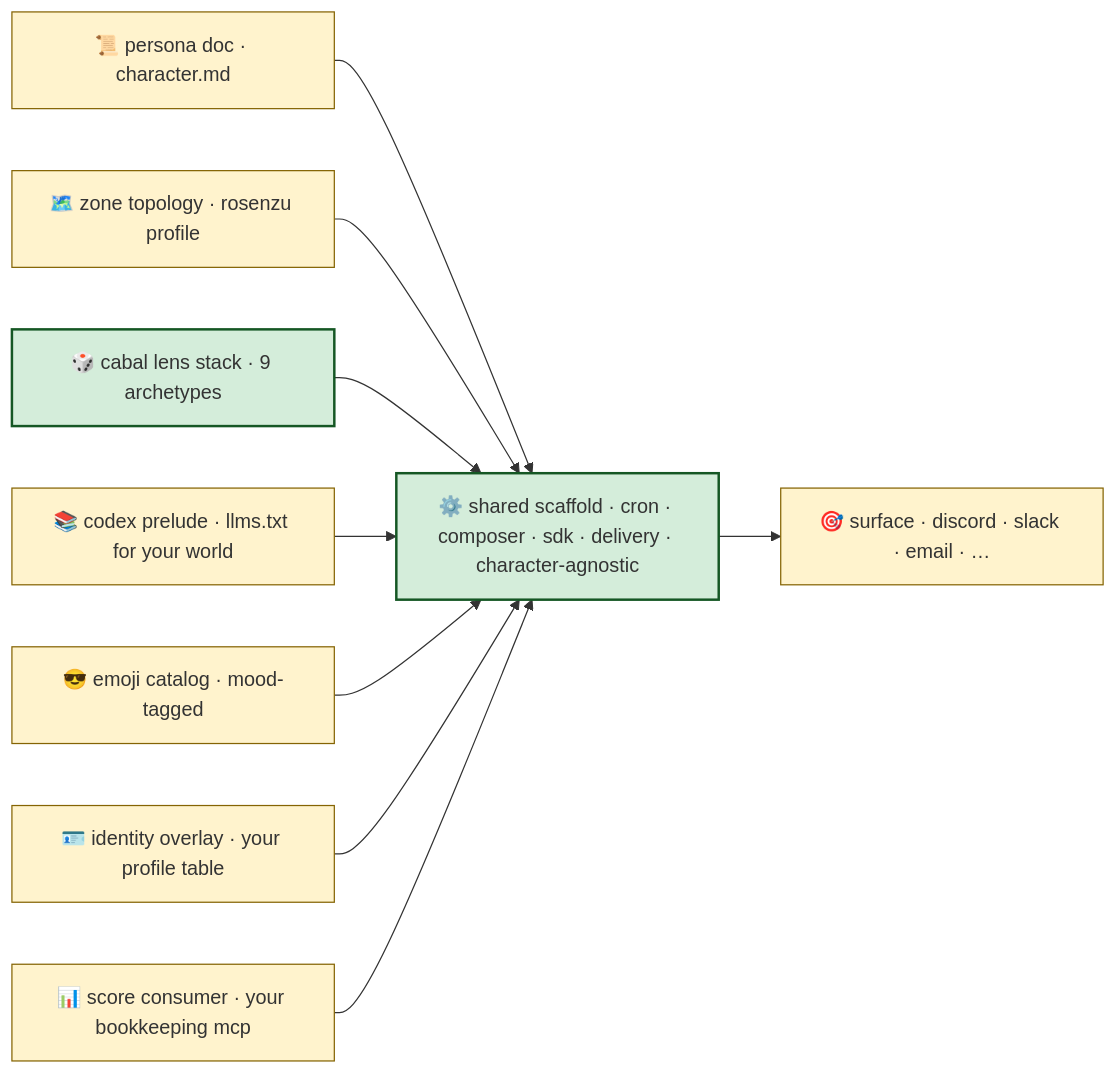
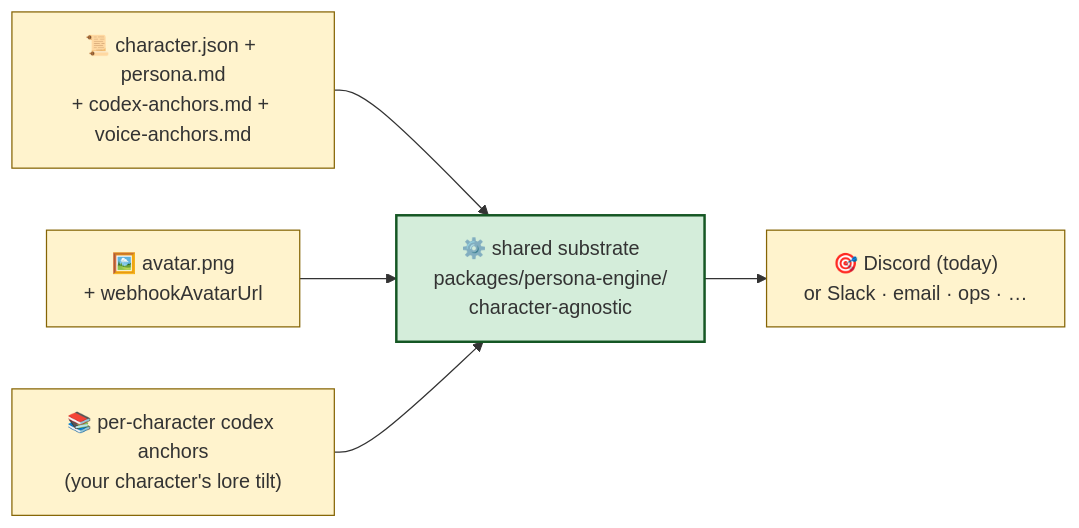
The fourth of 4 diagrams in docs/ARCHITECTURE.md (0xHoneyJar/freeside-ruggy), drawn with Mermaid before and after one commit. The commit also changed other lines of this file and 7 other files, not shown here.

First line of the commit message:
docs: V0.7-A.0 launch-pad pass — refresh README/ARCHITECTURE, add AGENTS.md + EILEEN handoff stub

````diff
--- a/docs/ARCHITECTURE.md
+++ b/docs/ARCHITECTURE.md
@@ -158,25 +238,17 @@
 ```mermaid
 flowchart LR
-    persona["📜 persona doc · character.md"]:::var
-    topo["🗺️ zone topology · rosenzu profile"]:::var
-    lens["🎲 cabal lens stack · 9 archetypes"]:::shared
-    codex["📚 codex prelude · llms.txt for your world"]:::var
-    emoji["😎 emoji catalog · mood-tagged"]:::var
-    auth["🪪 identity overlay · your profile table"]:::var
-    score["📊 score consumer · your bookkeeping mcp"]:::var
-    surface["🎯 surface · discord · slack · email · …"]:::var
+    persona["📜 character.json + persona.md<br/>+ codex-anchors.md + voice-anchors.md"]:::var
+    avatar["🖼️ avatar.png<br/>+ webhookAvatarUrl"]:::var
+    codex_per["📚 per-character codex anchors<br/>(your character's lore tilt)"]:::var
 
-    scaffold["⚙️ shared scaffold · cron · composer · sdk · delivery · character-agnostic"]:::shared
+    scaffold["⚙️ shared substrate<br/>packages/persona-engine/<br/>character-agnostic"]:::shared
+    surface["🎯 Discord (today)<br/>or Slack · email · ops · …"]:::var
 
     persona --> scaffold
-    topo --> scaffold
-    lens --> scaffold
-    codex --> scaffold
-    emoji --> scaffold
-    auth --> scaffold
-    score --> scaffold
+    avatar --> scaffold
+    codex_per --> scaffold
     scaffold --> surface
 
     classDef var fill:#fff3cd,stroke:#856404
     classDef shared fill:#d4edda,stroke:#155724,stroke-width:2px
 ```
````
